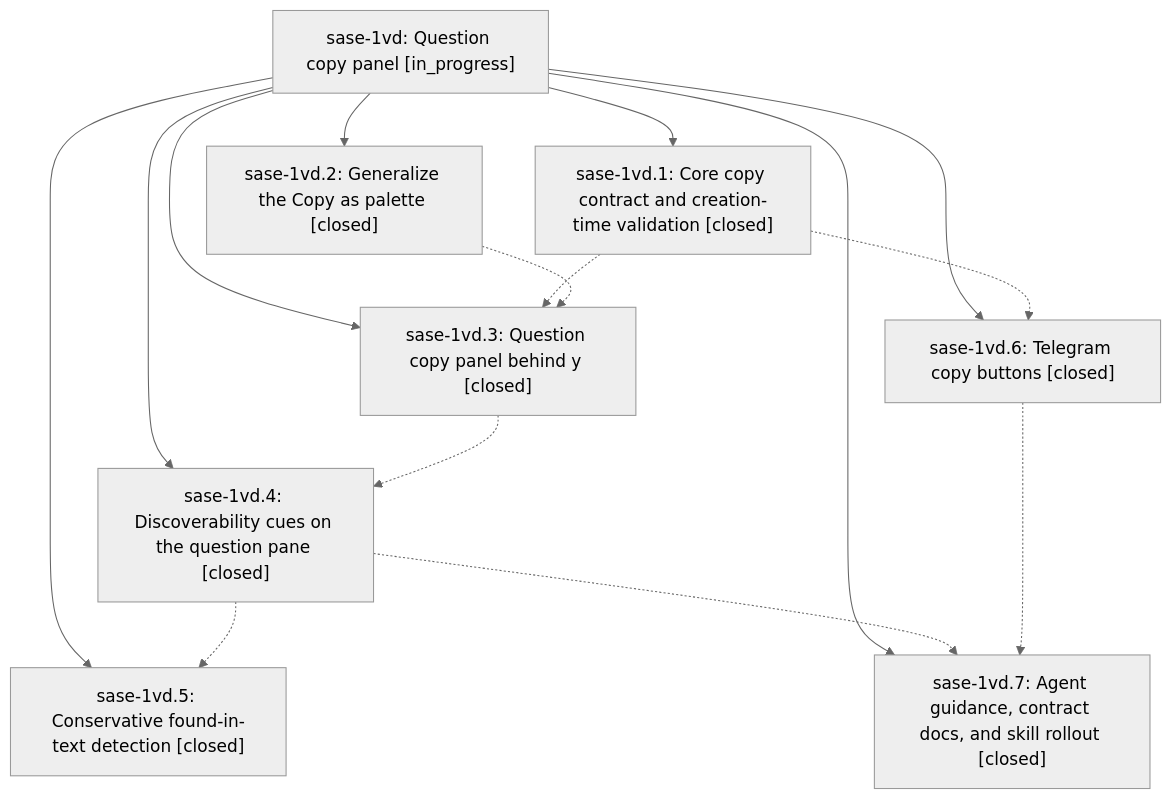
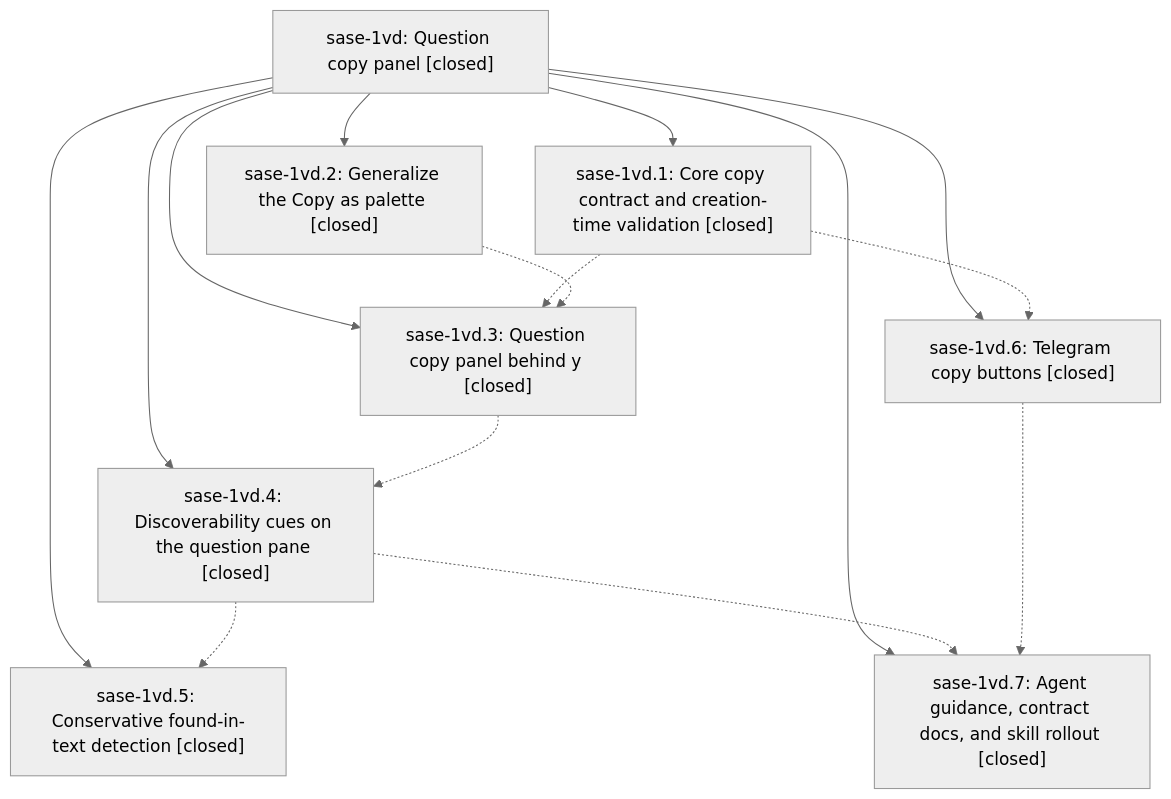
The diagram in pages/sase-1vd/README.md (sase-org/sase--beads), drawn with Mermaid (neutral theme) before and after one commit. The commit also changed other lines of this file and 2 other files, not shown here.

First line of the commit message:
chore(beads): sync bead state and pages for sase-1vd

````diff
--- a/pages/sase-1vd/README.md
+++ b/pages/sase-1vd/README.md
@@ -42,25 +46,25 @@
 ```mermaid
 flowchart TD
-    n0["sase-1vd: Question copy panel [in_progress]"]
+    n0["sase-1vd: Question copy panel [closed]"]
     n1["sase-1vd.1: Core copy contract and creation-time validation [closed]"]
     n2["sase-1vd.2: Generalize the Copy as palette [closed]"]
     n3["sase-1vd.3: Question copy panel behind y [closed]"]
     n4["sase-1vd.4: Discoverability cues on the question pane [closed]"]
     n5["sase-1vd.5: Conservative found-in-text detection [closed]"]
     n6["sase-1vd.6: Telegram copy buttons [closed]"]
     n7["sase-1vd.7: Agent guidance, contract docs, and skill rollout [closed]"]
     n0 --> n1
     n0 --> n2
     n0 --> n3
     n0 --> n4
     n0 --> n5
     n0 --> n6
     n0 --> n7
     n1 -.-> n3
     n1 -.-> n6
     n2 -.-> n3
     n3 -.-> n4
     n4 -.-> n5
     n4 -.-> n7
     n6 -.-> n7
 ```
````
